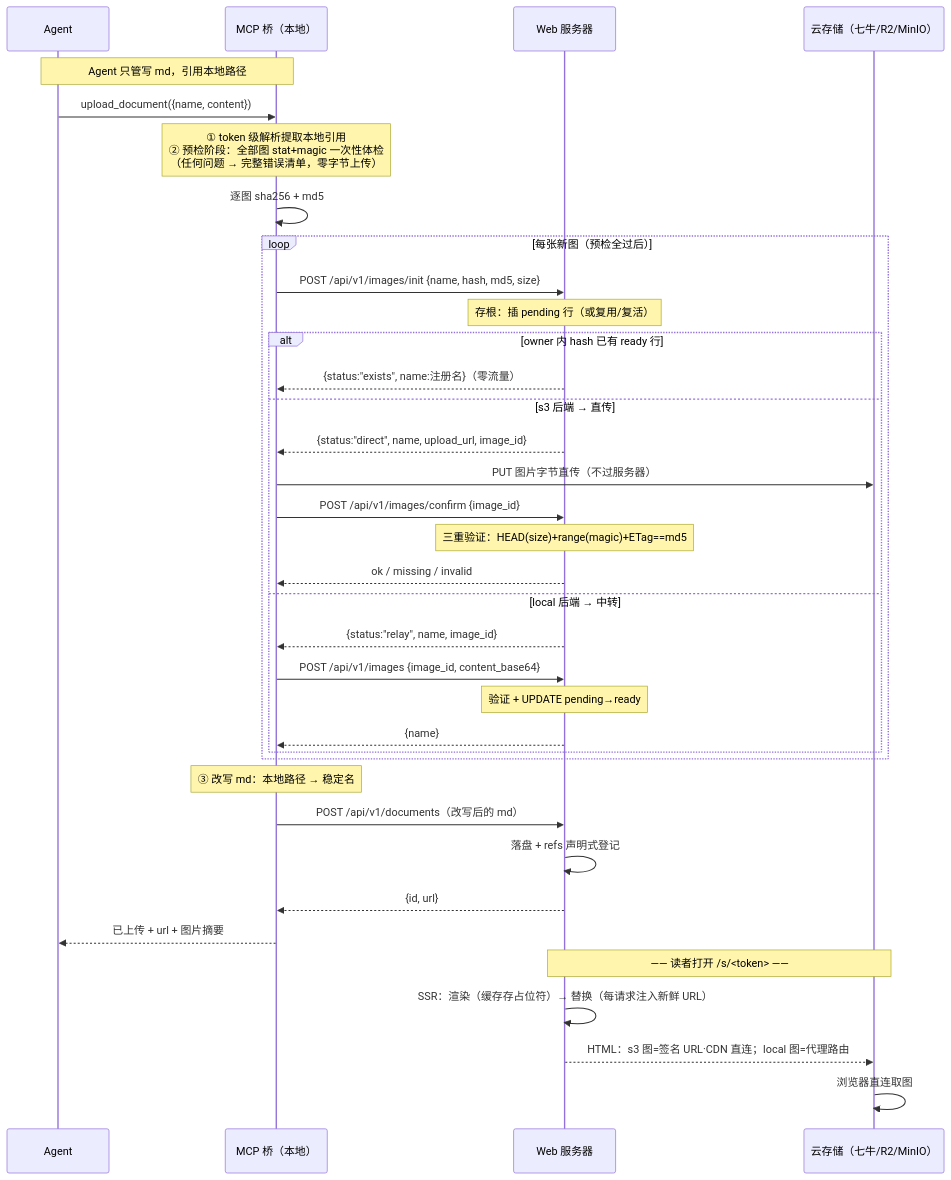
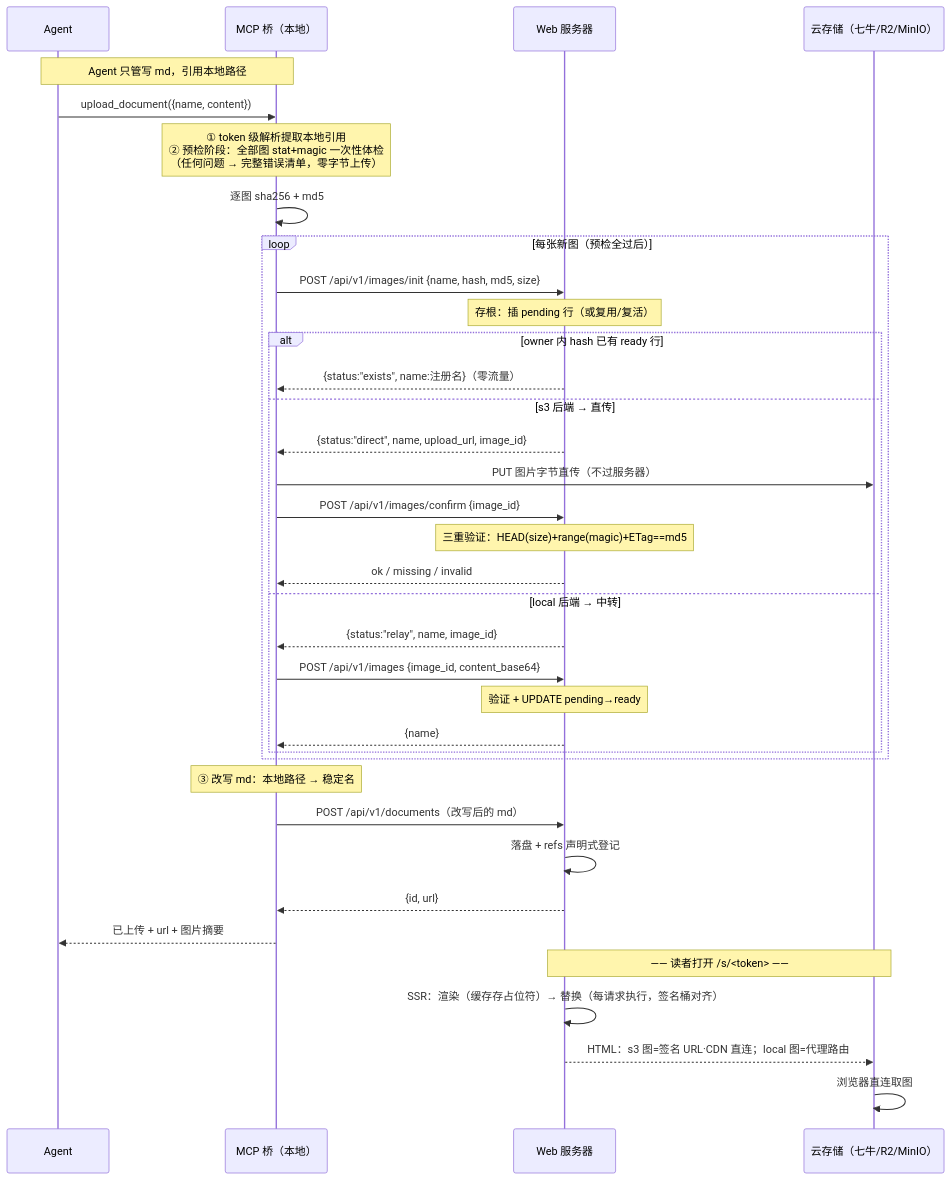
Before and after one commit to earneet/remote-reader: the first of 2 diagrams in docs/superpowers/specs/2026-09-20-image-support-design.md, drawn with Mermaid. The commit also changed other lines of this file, not shown here.

Commit message:
docs: 图片 spec 自审修正——§5.4 代理路由 no-store→no-cache+ETag 同步决策 #26、§7.3 补桶对齐、§12 TTL 桶宽波动说明、§13 补缓存/悬空 ref 测试项、修存根 typo

````diff
--- a/docs/superpowers/specs/2026-09-20-image-support-design.md
+++ b/docs/superpowers/specs/2026-09-20-image-support-design.md
@@ -24,42 +24,42 @@
 ```mermaid
 sequenceDiagram
     participant Ag as Agent
     participant Br as MCP 桥（本地）
     participant Sv as Web 服务器
     participant OSS as 云存储（七牛/R2/MinIO）
 
     Note over Ag,Br: Agent 只管写 md，引用本地路径
     Ag->>Br: upload_document({name, content})
 
     Note over Br: ① token 级解析提取本地引用<br/>② 预检阶段：全部图 stat+magic 一次性体检<br/>（任何问题 → 完整错误清单，零字节上传）
     Br->>Br: 逐图 sha256 + md5
 
     loop 每张新图（预检全过后）
         Br->>Sv: POST /api/v1/images/init {name, hash, md5, size}
         Note over Sv: 存根：插 pending 行（或复用/复活）
         alt owner 内 hash 已有 ready 行
             Sv-->>Br: {status:"exists", name:注册名}（零流量）
         else s3 后端 → 直传
             Sv-->>Br: {status:"direct", name, upload_url, image_id}
             Br->>OSS: PUT 图片字节直传（不过服务器）
             Br->>Sv: POST /api/v1/images/confirm {image_id}
             Note over Sv: 三重验证：HEAD(size)+range(magic)+ETag==md5
             Sv-->>Br: ok / missing / invalid
         else local 后端 → 中转
             Sv-->>Br: {status:"relay", name, image_id}
             Br->>Sv: POST /api/v1/images {image_id, content_base64}
             Note over Sv: 验证 + UPDATE pending→ready
             Sv-->>Br: {name}
         end
     end
     Note over Br: ③ 改写 md：本地路径 → 稳定名
     Br->>Sv: POST /api/v1/documents（改写后的 md）
     Sv->>Sv: 落盘 + refs 声明式登记
     Sv-->>Br: {id, url}
     Br-->>Ag: 已上传 + url + 图片摘要
 
     Note over Sv,OSS: —— 读者打开 /s/<token> ——
-    Sv->>Sv: SSR：渲染（缓存存占位符）→ 替换（每请求注入新鲜 URL）
+    Sv->>Sv: SSR：渲染（缓存存占位符）→ 替换（每请求执行，签名桶对齐）
     Sv-->>OSS: HTML：s3 图=签名 URL·CDN 直连；local 图=代理路由
     OSS->>OSS: 浏览器直连取图
 ```
````
